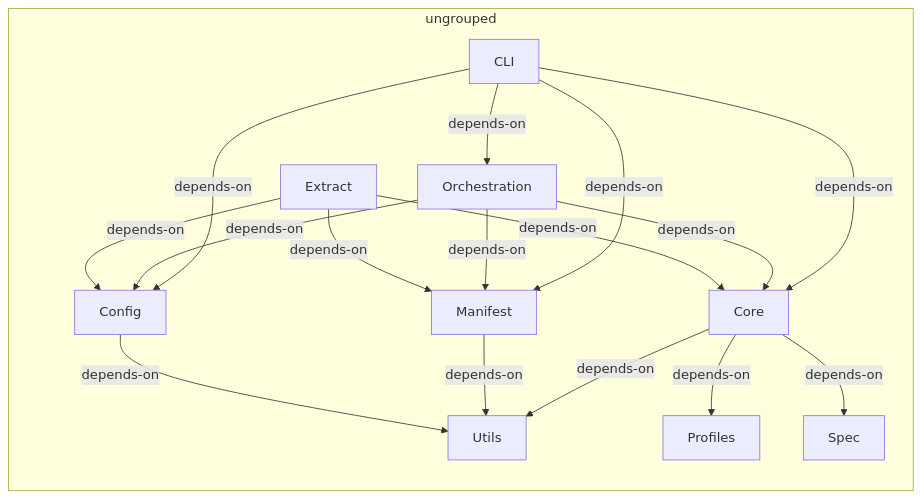
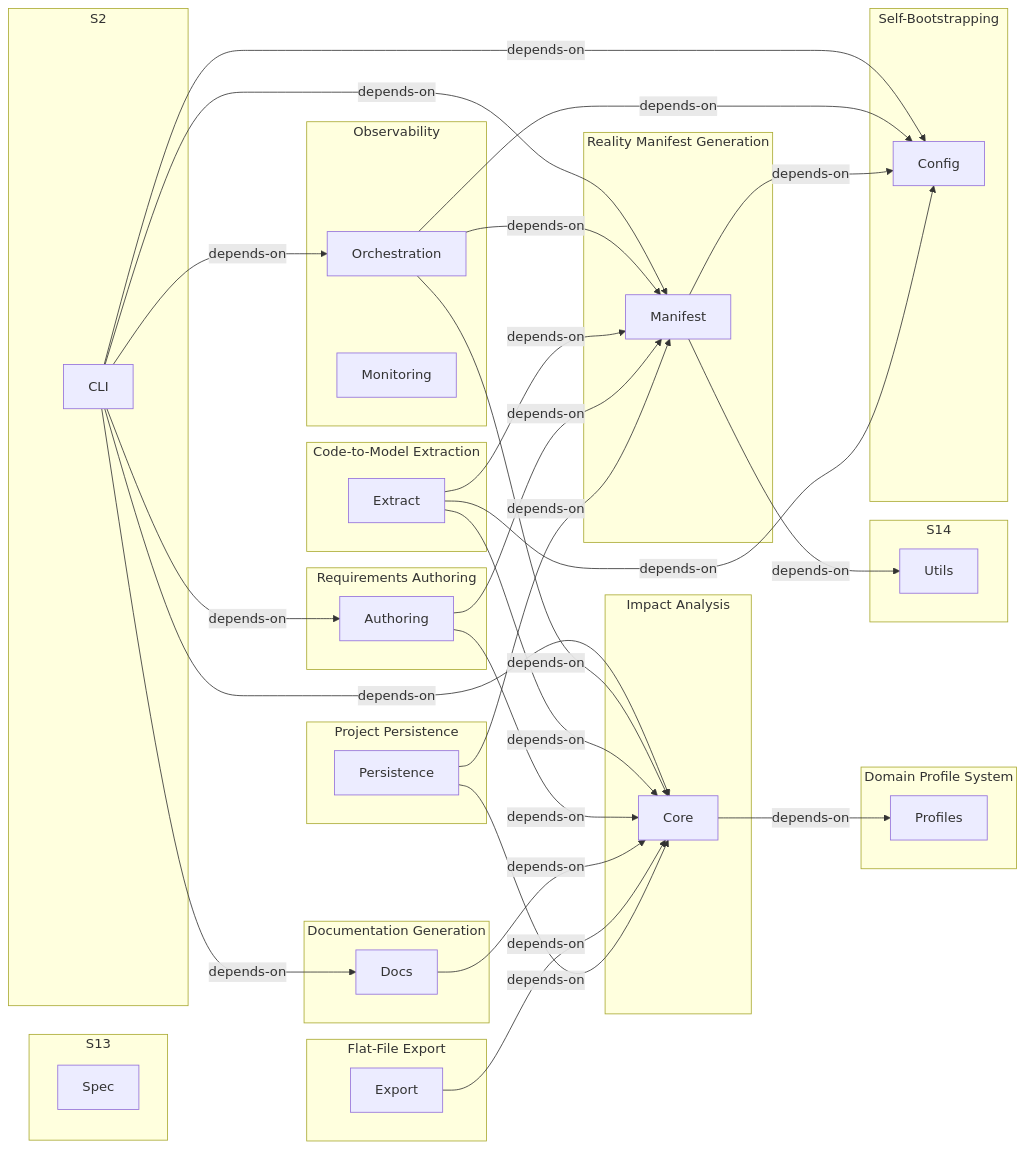
The diagram in .architecture-models/diagrams/dependencies.mmd (opn-arch/architecture-model-standard), drawn with Mermaid before and after one commit. The commit also changed 83 other files, not shown here.

First line of the commit message:
fix(pipeline): benchmark fixes for click + update architecture model and docs

```diff
--- a/.architecture-models/diagrams/dependencies.mmd
+++ b/.architecture-models/diagrams/dependencies.mmd
@@ -1,27 +1,62 @@
 flowchart LR
-    subgraph ungrouped[ungrouped]
+    subgraph S1[Requirements Authoring]
+        COMP_AUTHORING[Authoring]
+    end
+    subgraph S10[Observability]
+        COMP_ORCHESTRATION[Orchestration]
+        COMP_MONITORING[Monitoring]
+    end
+    subgraph S11[Project Persistence]
+        COMP_PERSISTENCE[Persistence]
+    end
+    subgraph S12[Domain Profile System]
+        COMP_PROFILES[Profiles]
+    end
+    subgraph S13[S13]
+        COMP_SPEC[Spec]
+    end
+    subgraph S14[S14]
+        COMP_UTILS[Utils]
+    end
+    subgraph S2[S2]
+        COMP_CLI[CLI]
+    end
+    subgraph S3["Self-Bootstrapping"]
+        COMP_CONFIG[Config]
+    end
+    subgraph S4[Impact Analysis]
         COMP_CORE[Core]
+    end
+    subgraph S6[Documentation Generation]
+        COMP_DOCS[Docs]
+    end
+    subgraph S7["Flat-File Export"]
+        COMP_EXPORT[Export]
+    end
+    subgraph S8["Code-to-Model Extraction"]
+        COMP_EXTRACT[Extract]
+    end
+    subgraph S9[Reality Manifest Generation]
         COMP_MANIFEST[Manifest]
-        COMP_CONFIG[Config]
-        COMP_CLI[CLI]
-        COMP_ORCHESTRATION[Orchestration]
-        COMP_EXTRACT[Extract]
-        COMP_UTILS[Utils]
-        COMP_PROFILES[Profiles]
-        COMP_SPEC[Spec]
     end
     COMP_CLI -->|depends-on| COMP_CORE
     COMP_CLI -->|depends-on| COMP_CONFIG
     COMP_CLI -->|depends-on| COMP_MANIFEST
     COMP_CLI -->|depends-on| COMP_ORCHESTRATION
+    COMP_CLI -->|depends-on| COMP_DOCS
+    COMP_CLI -->|depends-on| COMP_AUTHORING
     COMP_ORCHESTRATION -->|depends-on| COMP_CORE
     COMP_ORCHESTRATION -->|depends-on| COMP_MANIFEST
     COMP_ORCHESTRATION -->|depends-on| COMP_CONFIG
+    COMP_MANIFEST -->|depends-on| COMP_CONFIG
+    COMP_MANIFEST -->|depends-on| COMP_UTILS
     COMP_EXTRACT -->|depends-on| COMP_CORE
     COMP_EXTRACT -->|depends-on| COMP_CONFIG
     COMP_EXTRACT -->|depends-on| COMP_MANIFEST
-    COMP_CORE -->|depends-on| COMP_UTILS
-    COMP_MANIFEST -->|depends-on| COMP_UTILS
-    COMP_CONFIG -->|depends-on| COMP_UTILS
+    COMP_AUTHORING -->|depends-on| COMP_CORE
+    COMP_AUTHORING -->|depends-on| COMP_MANIFEST
+    COMP_DOCS -->|depends-on| COMP_CORE
+    COMP_EXPORT -->|depends-on| COMP_CORE
+    COMP_PERSISTENCE -->|depends-on| COMP_CORE
+    COMP_PERSISTENCE -->|depends-on| COMP_MANIFEST
     COMP_CORE -->|depends-on| COMP_PROFILES
-    COMP_CORE -->|depends-on| COMP_SPEC
```
